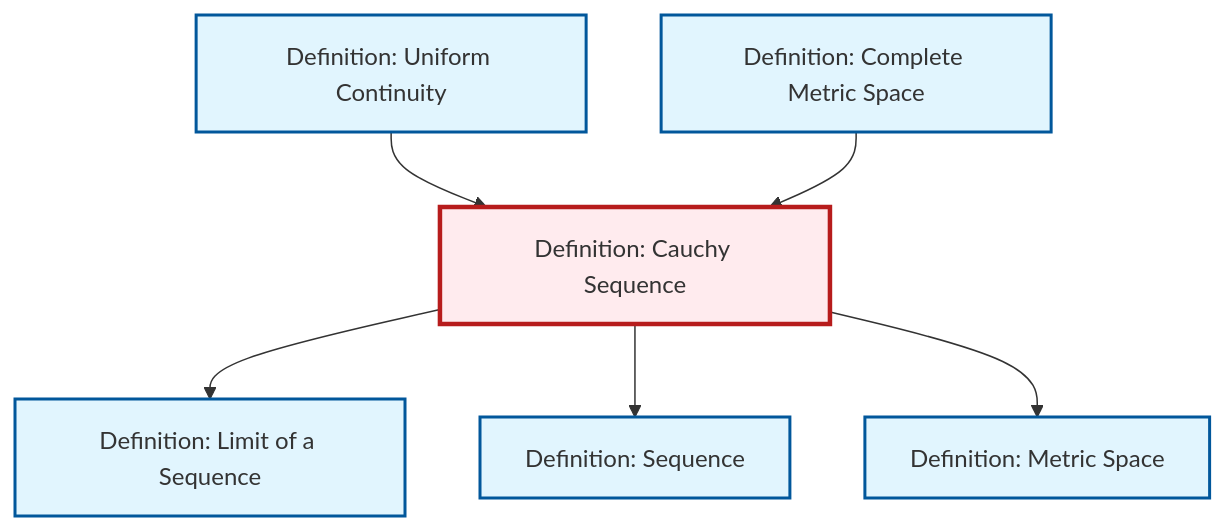
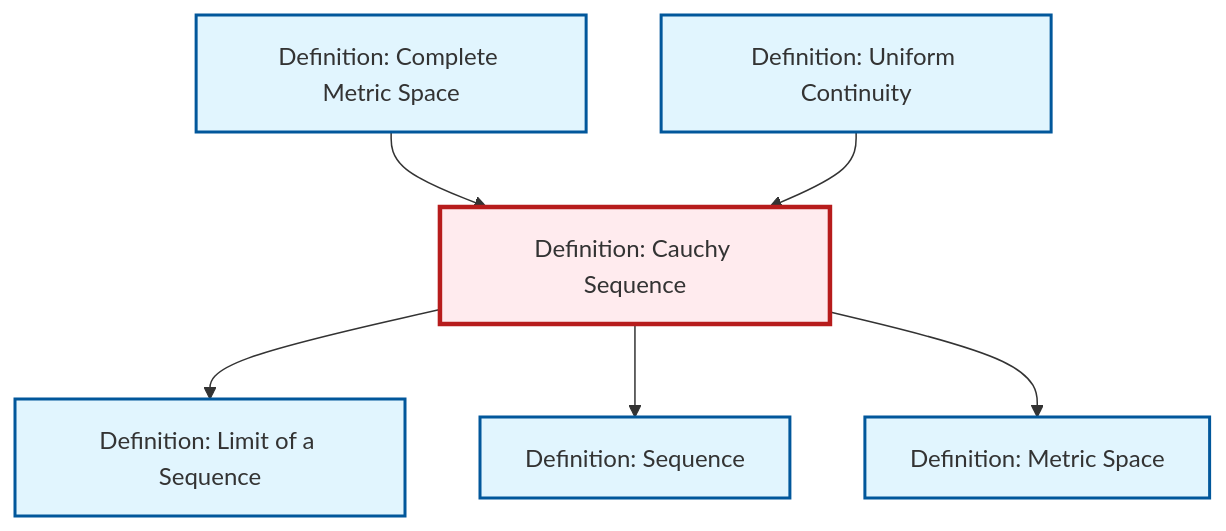
One commit to RK0429/ModernMath changed the diagram in content/ja/analysis/def-cauchy-sequence.qmd. Above: the diagram before and after it, drawn with Mermaid. The commit also changed other lines of this file and 619 other files, not shown here.

````diff
--- a/content/ja/analysis/def-cauchy-sequence.qmd
+++ b/content/ja/analysis/def-cauchy-sequence.qmd
@@ -89,26 +89,26 @@
 ```{mermaid}
 %%| fig-cap: "Local dependency graph"
 graph TD
     classDef definition fill:#e1f5fe,stroke:#01579b,stroke-width:2px
     classDef theorem fill:#f3e5f5,stroke:#4a148c,stroke-width:2px
     classDef axiom fill:#fff3e0,stroke:#e65100,stroke-width:2px
     classDef example fill:#e8f5e9,stroke:#1b5e20,stroke-width:2px
     classDef current fill:#ffebee,stroke:#b71c1c,stroke-width:3px
+    def-metric-space["Definition: Metric Space"]:::definition
     def-complete-metric-space["Definition: Complete Metric Space"]:::definition
-    def-uniform-continuity["Definition: Uniform Continuity"]:::definition
-    def-metric-space["Definition: Metric Space"]:::definition
     def-cauchy-sequence["Definition: Cauchy Sequence"]:::definition
     def-sequence["Definition: Sequence"]:::definition
+    def-uniform-continuity["Definition: Uniform Continuity"]:::definition
     def-limit["Definition: Limit of a Sequence"]:::definition
+    def-cauchy-sequence --> def-limit
+    def-complete-metric-space --> def-cauchy-sequence
+    def-cauchy-sequence --> def-sequence
     def-uniform-continuity --> def-cauchy-sequence
-    def-complete-metric-space --> def-cauchy-sequence
-    def-cauchy-sequence --> def-limit
-    def-cauchy-sequence --> def-sequence
     def-cauchy-sequence --> def-metric-space
     class def-cauchy-sequence current
+    click def-metric-space "def-metric-space.html" "Definition: Metric Spaceへ"
     click def-complete-metric-space "def-complete-metric-space.html" "Definition: Complete Metric Spaceへ"
+    click def-sequence "def-sequence.html" "Definition: Sequenceへ"
     click def-uniform-continuity "def-uniform-continuity.html" "Definition: Uniform Continuityへ"
-    click def-metric-space "def-metric-space.html" "Definition: Metric Spaceへ"
-    click def-sequence "def-sequence.html" "Definition: Sequenceへ"
     click def-limit "def-limit.html" "Definition: Limit of a Sequenceへ"
 ```
````
